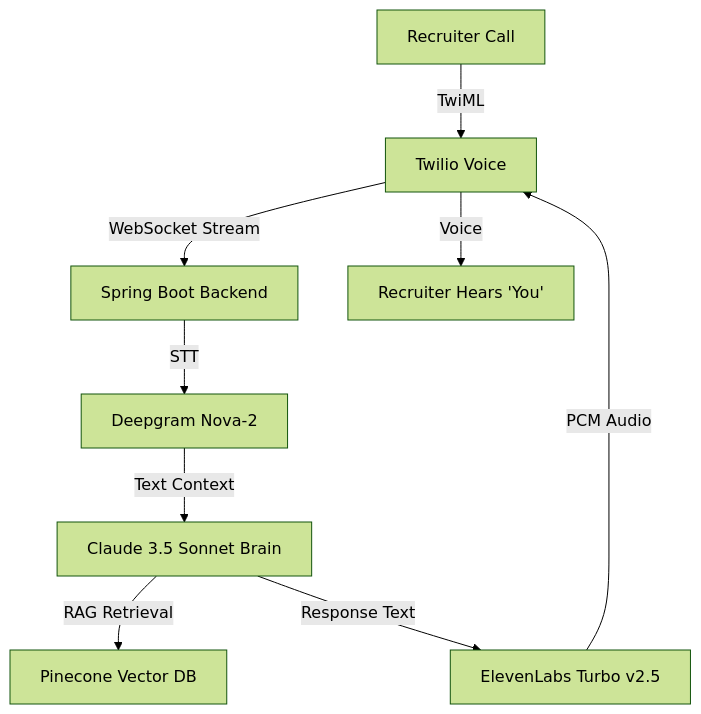
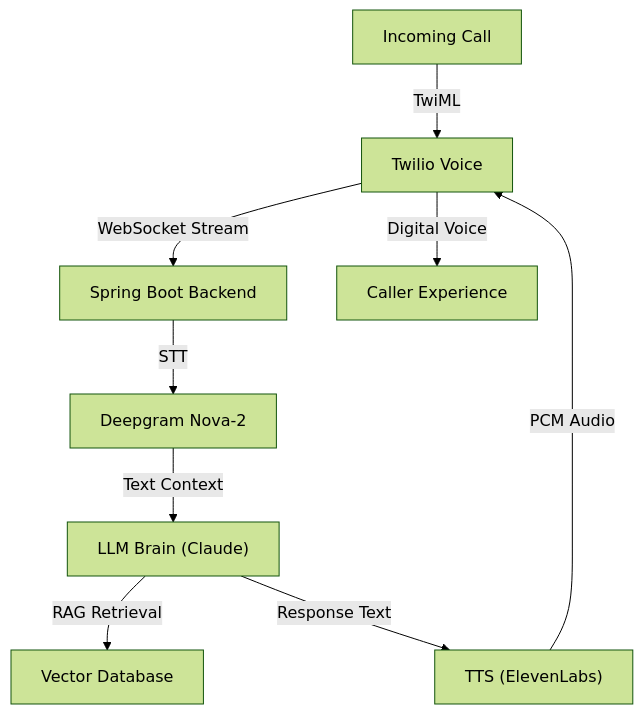
One commit to dhonitheja/Ai-calling-assistance changed the diagram in README.md. Above: the diagram before and after it, drawn with Mermaid (forest theme). The commit also changed other lines of this file, not shown here.

````diff
--- a/README.md
+++ b/README.md
@@ -20,11 +11,11 @@
 ```mermaid
 graph TD
-    A["Recruiter Call"] -->|TwiML| B["Twilio Voice"]
+    A["Incoming Call"] -->|TwiML| B["Twilio Voice"]
     B -->|WebSocket Stream| C["Spring Boot Backend"]
     C -->|STT| D["Deepgram Nova-2"]
-    D -->|Text Context| E["Claude 3.5 Sonnet Brain"]
-    E -->|RAG Retrieval| F["Pinecone Vector DB"]
-    E -->|Response Text| G["ElevenLabs Turbo v2.5"]
+    D -->|Text Context| E["LLM Brain (Claude)"]
+    E -->|RAG Retrieval| F["Vector Database"]
+    E -->|Response Text| G["TTS (ElevenLabs)"]
     G -->|PCM Audio| B
-    B -->|Voice| H["Recruiter Hears 'You'"]
+    B -->|Digital Voice| H["Caller Experience"]
 ```
````
